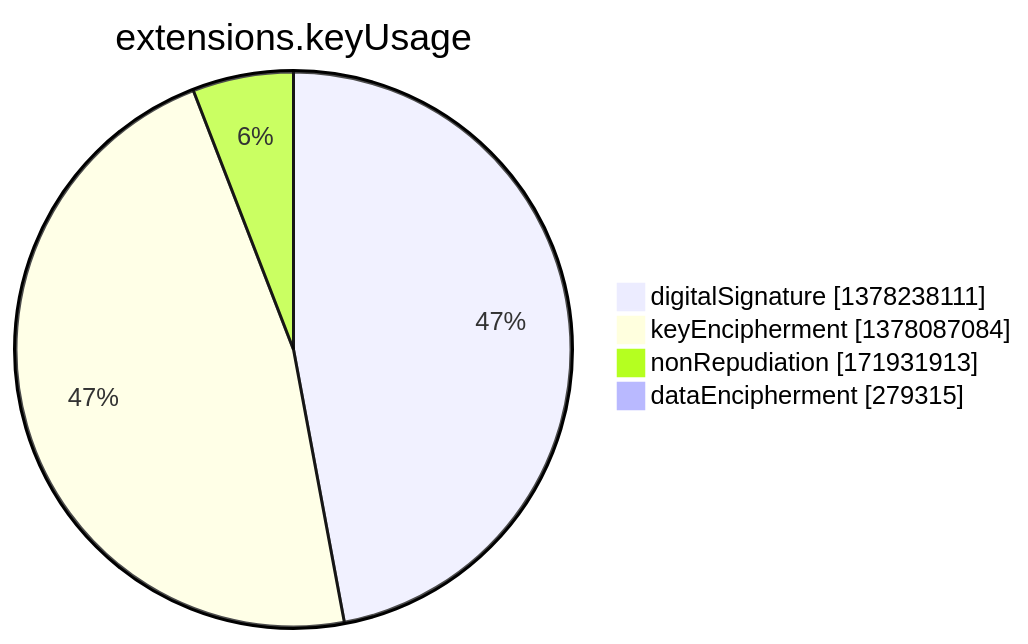
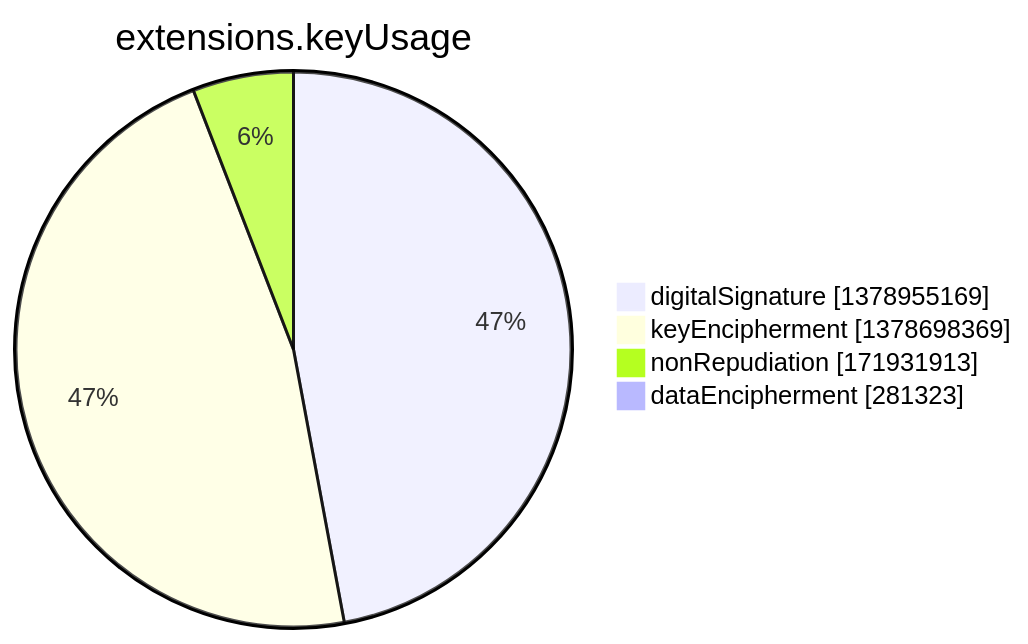
Before and after one commit to christiankrug/ctmonitor_visualization: the seventh of 15 diagrams in argon2022/README.md, drawn with Mermaid. The commit also changed other lines of this file, not shown here.

````diff
--- a/argon2022/README.md
+++ b/argon2022/README.md
@@ -2751,8 +2751,8 @@
 ```mermaid
 pie showData
 title extensions.keyUsage
-"digitalSignature" :1378238111
-"keyEncipherment" :1378087084
+"digitalSignature" :1378955169
+"keyEncipherment" :1378698369
 "nonRepudiation" :171931913
-"dataEncipherment" :279315
+"dataEncipherment" :281323
 ```
````
